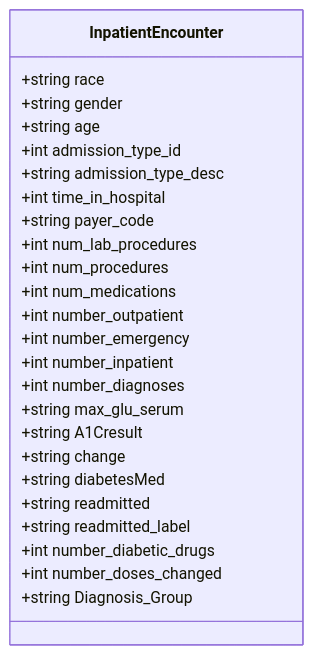
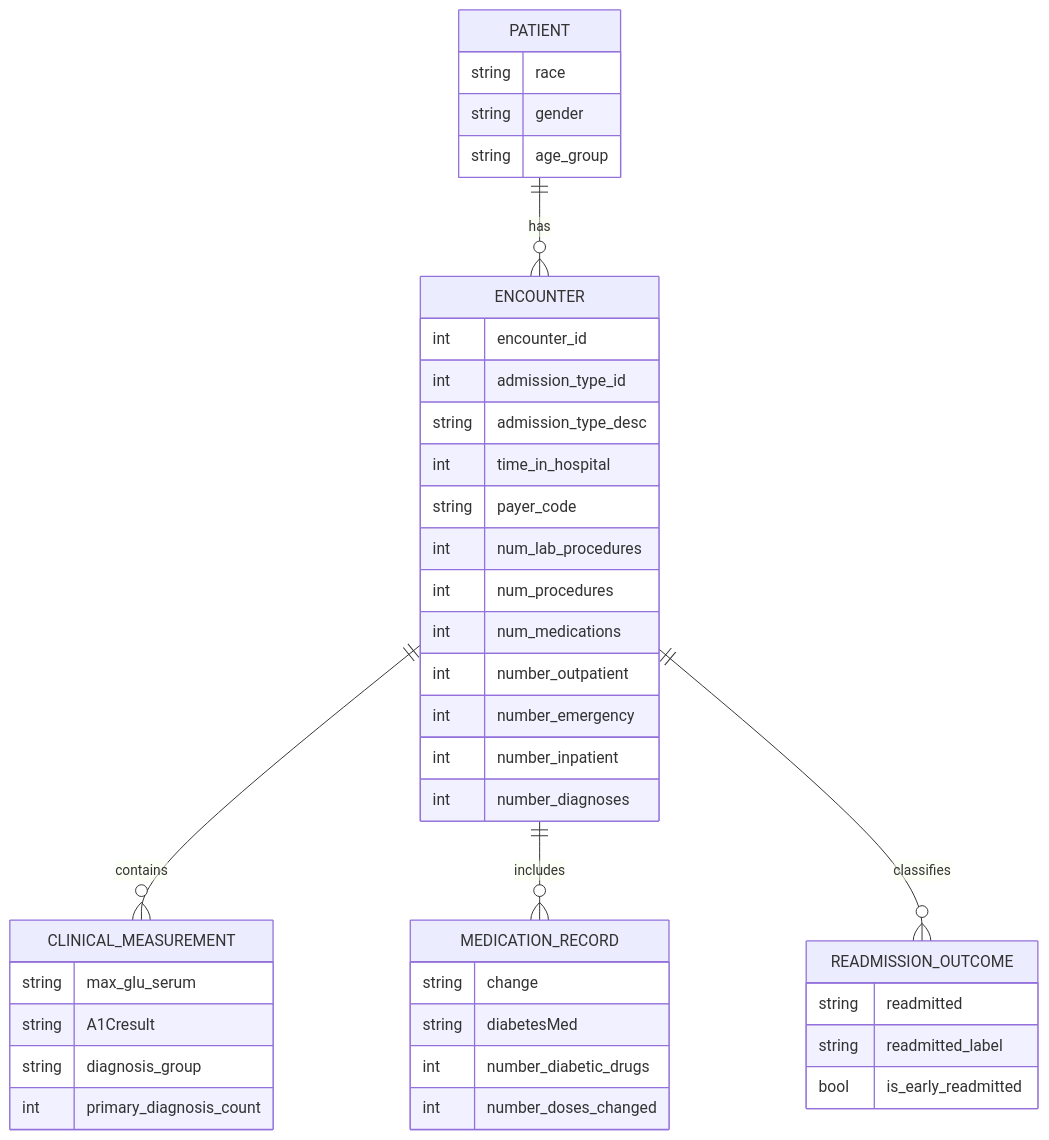
The diagram in README.md (mohamedismael28/Clinical-Diabetes-Analytics), drawn with Mermaid before and after one commit. The commit also changed other lines of this file and 3 other files, not shown here.

````diff
--- a/README.md
+++ b/README.md
@@ -45,28 +33,48 @@
 ```mermaid
-classDiagram
-    class InpatientEncounter {
-        +string race
-        +string gender
-        +string age
-        +int admission_type_id
-        +string admission_type_desc
-        +int time_in_hospital
-        +string payer_code
-        +int num_lab_procedures
-        +int num_procedures
-        +int num_medications
-        +int number_outpatient
-        +int number_emergency
-        +int number_inpatient
-        +int number_diagnoses
-        +string max_glu_serum
-        +string A1Cresult
-        +string change
-        +string diabetesMed
-        +string readmitted
-        +string readmitted_label
-        +int number_diabetic_drugs
-        +int number_doses_changed
-        +string Diagnosis_Group
+erDiagram
+    PATIENT ||--o{ ENCOUNTER : has
+    ENCOUNTER ||--o{ CLINICAL_MEASUREMENT : contains
+    ENCOUNTER ||--o{ MEDICATION_RECORD : includes
+    ENCOUNTER ||--o{ READMISSION_OUTCOME : classifies
+
+    PATIENT {
+        string race
+        string gender
+        string age_group
+    }
+
+    ENCOUNTER {
+        int encounter_id
+        int admission_type_id
+        string admission_type_desc
+        int time_in_hospital
+        string payer_code
+        int num_lab_procedures
+        int num_procedures
+        int num_medications
+        int number_outpatient
+        int number_emergency
+        int number_inpatient
+        int number_diagnoses
+    }
+
+    CLINICAL_MEASUREMENT {
+        string max_glu_serum
+        string A1Cresult
+        string diagnosis_group
+        int primary_diagnosis_count
+    }
+
+    MEDICATION_RECORD {
+        string change
+        string diabetesMed
+        int number_diabetic_drugs
+        int number_doses_changed
+    }
+
+    READMISSION_OUTCOME {
+        string readmitted
+        string readmitted_label
+        bool is_early_readmitted
     }
 ```
````
